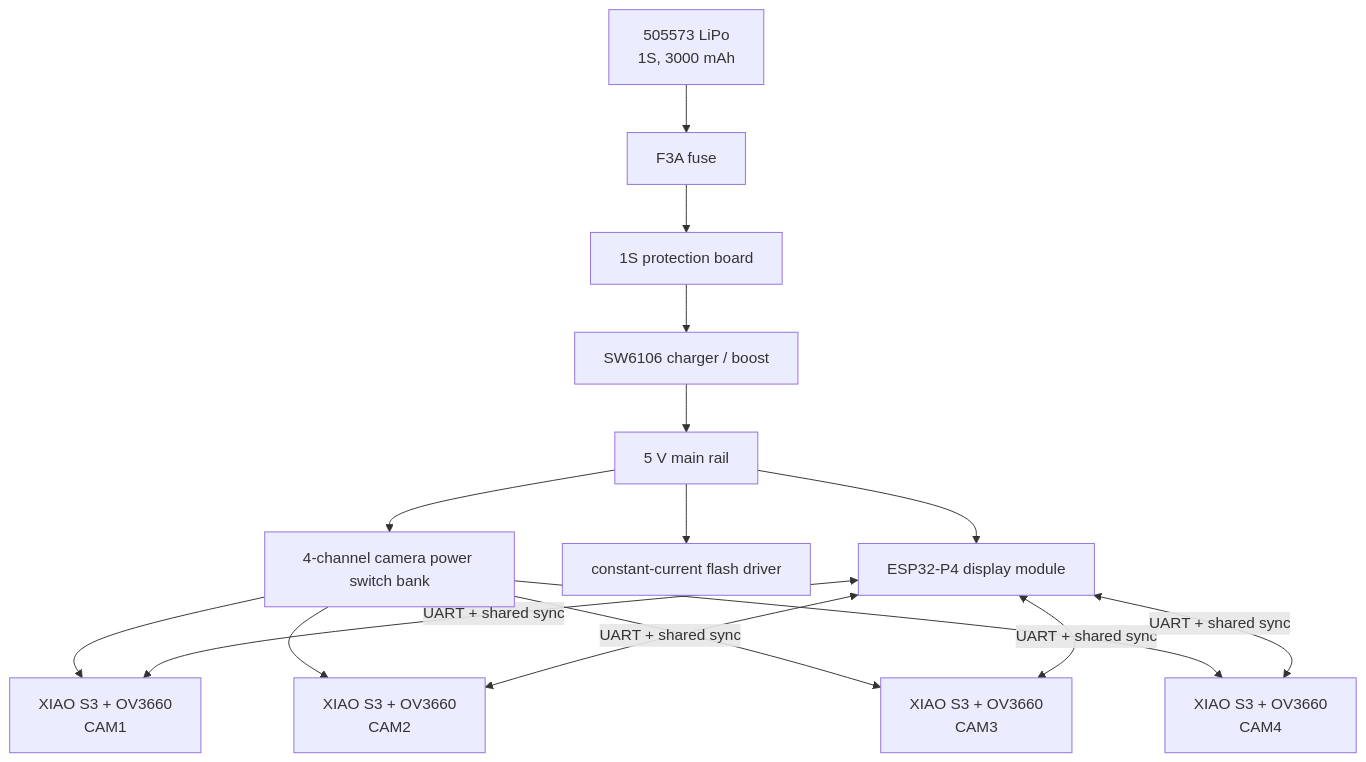
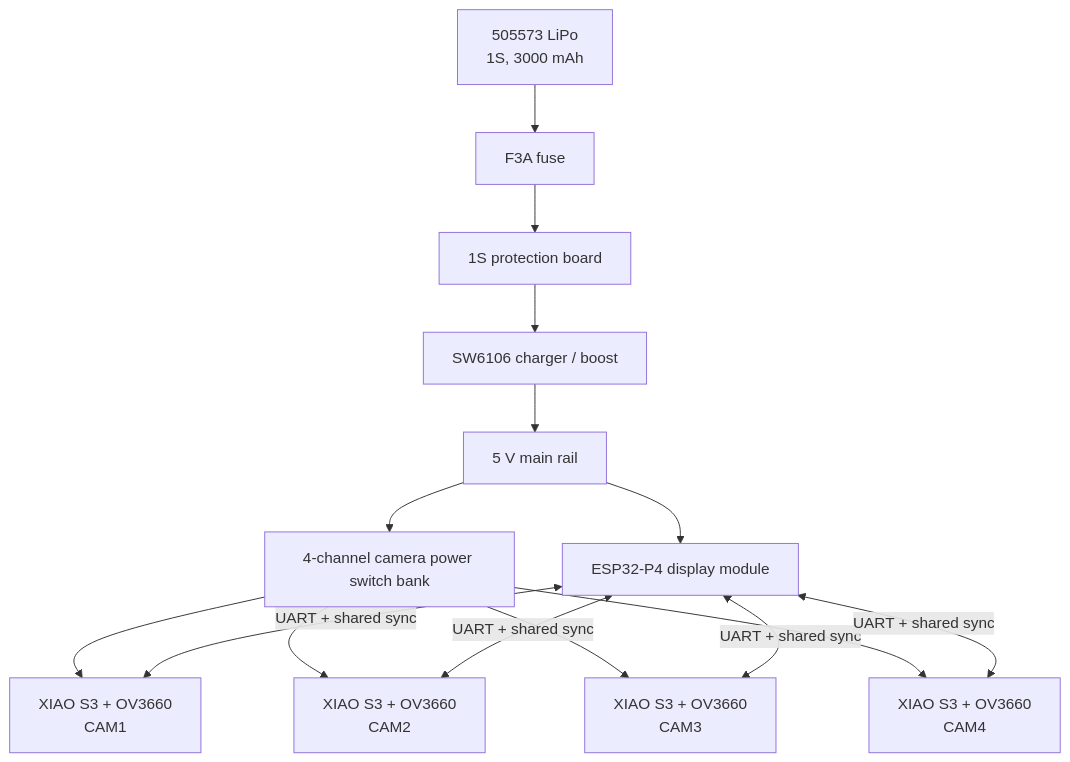
One commit to b5463/kino-d4 changed the diagram in docs/HARDWARE.md. Above: the diagram before and after it, drawn with Mermaid. The commit also changed other lines of this file and 24 other files, not shown here.

````diff
--- a/docs/HARDWARE.md
+++ b/docs/HARDWARE.md
@@ -22,18 +22,17 @@
 ```mermaid
 flowchart TD
     BAT["505573 LiPo\n1S, 3000 mAh"] --> FUSE["F3A fuse"]
     FUSE --> BMS["1S protection board"]
     BMS --> BOOST["SW6106 charger / boost"]
     BOOST --> RAIL["5 V main rail"]
     RAIL --> P4["ESP32-P4 display module"]
-    RAIL --> FLASH["constant-current flash driver"]
     RAIL --> SW["4-channel camera power switch bank"]
     SW --> C1["XIAO S3 + OV3660\nCAM1"]
     SW --> C2["XIAO S3 + OV3660\nCAM2"]
     SW --> C3["XIAO S3 + OV3660\nCAM3"]
     SW --> C4["XIAO S3 + OV3660\nCAM4"]
     P4 <-->|"UART + shared sync"| C1
     P4 <-->|"UART + shared sync"| C2
     P4 <-->|"UART + shared sync"| C3
     P4 <-->|"UART + shared sync"| C4
 ```
````
